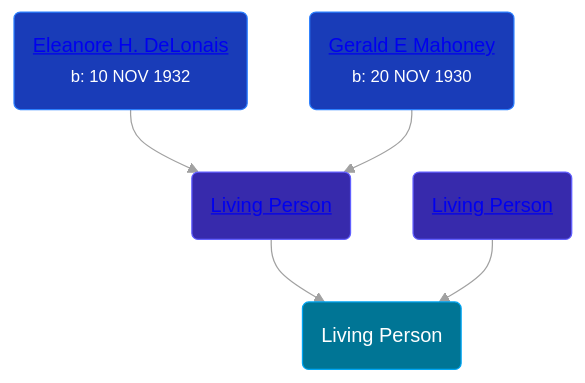
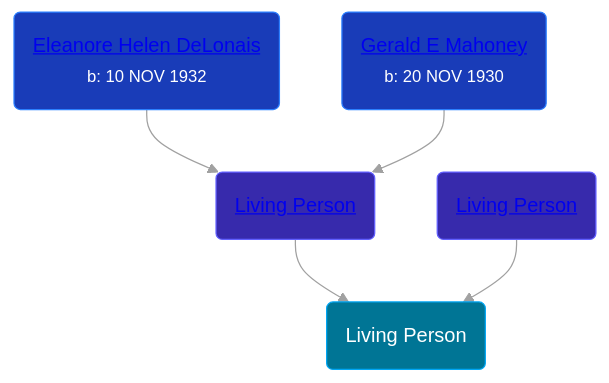
Before and after one commit to wpmgotkh/wpmgotkh.github.io: the diagram in pages/people/6/60380502.md, drawn with Mermaid. The commit also changed 213 other files, not shown here.

````diff
--- a/pages/people/6/60380502.md
+++ b/pages/people/6/60380502.md
@@ -10,12 +10,12 @@
 ```mermaid
 graph
 classDef grands fill:#193cb8,stroke:#2b7fff,stroke-width:1px,color:#fff;
 classDef parents fill:#372aac,stroke:#615fff,stroke-width:1px,color:#fff;
 classDef primary fill:#007595,stroke:#00a6f4,stroke-width:1px,color:#fff;
 60380502(Living Person):::primary
 6203854(<a class="text-white" href="/people/6/6203854">Living Person</a>):::parents-->60380502
-45463626(<a class="text-white" href="/people/4/45463626">Eleanore H. DeLonais</a><br /><small>b: 10 NOV 1932</small>):::grands-->6203854
+45463626(<a class="text-white" href="/people/4/45463626">Eleanore Helen DeLonais</a><br /><small>b: 10 NOV 1932</small>):::grands-->6203854
 10062624(<a class="text-white" href="/people/1/10062624">Gerald E Mahoney</a><br /><small>b: 20 NOV 1930</small>):::grands-->6203854
 92212432(<a class="text-white" href="/people/9/92212432">Living Person</a>):::parents-->60380502
 linkStyle default stroke:#a1a1a1
 ```
````
